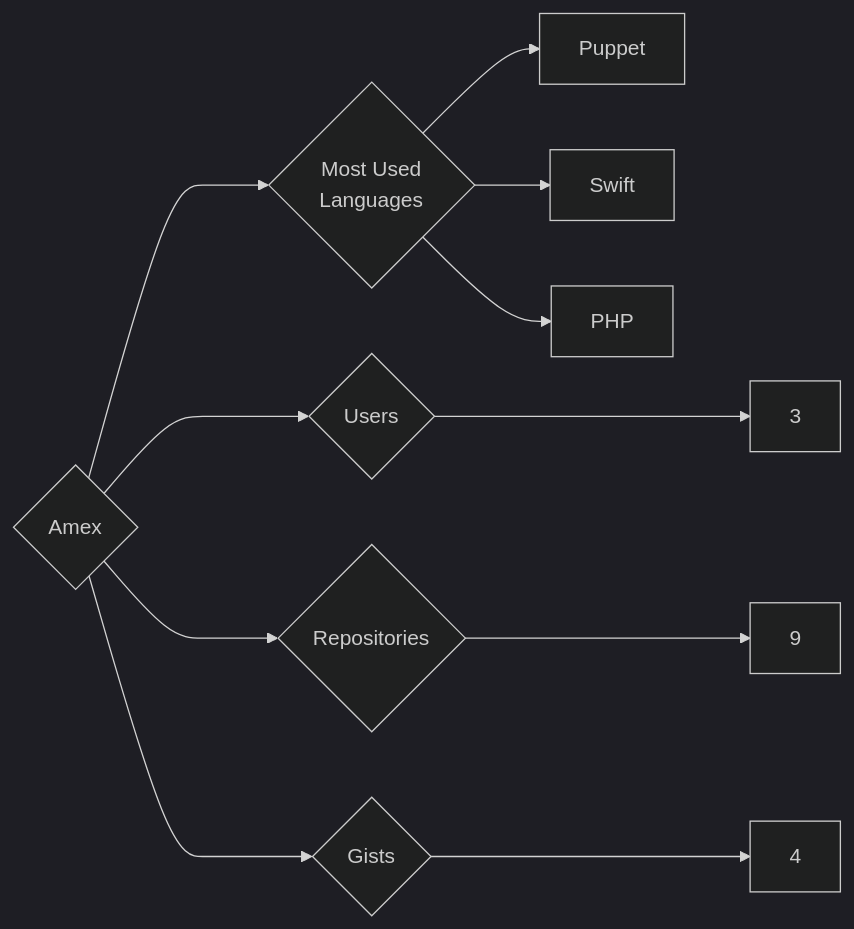
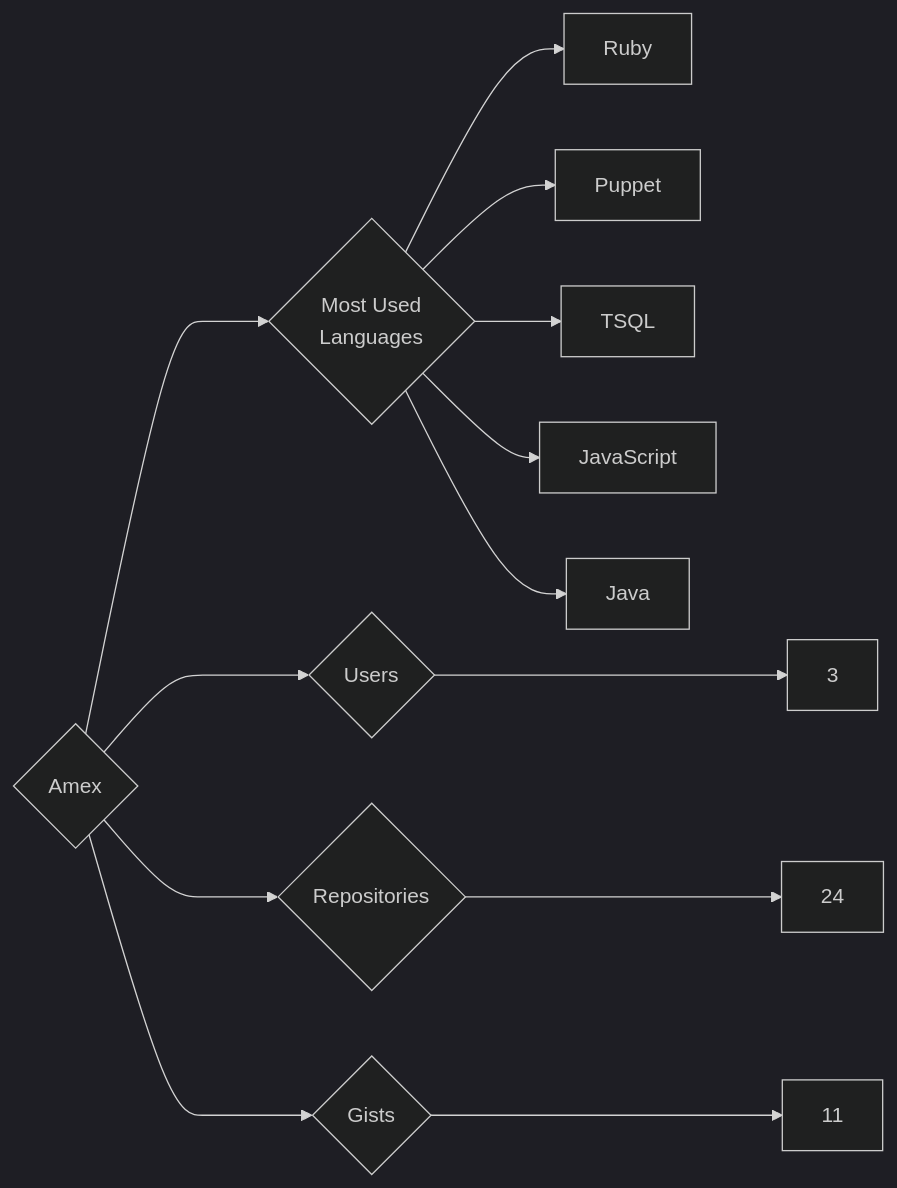
One commit to trickest/insiders changed the diagram in targets/Amex/README.md. Above: the diagram before and after it, drawn with Mermaid (dark theme). The commit also changed 644 other files, not shown here.

````diff
--- a/targets/Amex/README.md
+++ b/targets/Amex/README.md
@@ -3,11 +3,13 @@
 ```mermaid
 graph LR
 COMPANY_NAME{Amex}
 COMPANY_NAME ---> U{Users} ---> UN[3]
-COMPANY_NAME ---> R{Repositories} ---> RN[9]
-COMPANY_NAME ---> G{Gists} ---> GN[4]
+COMPANY_NAME ---> R{Repositories} ---> RN[24]
+COMPANY_NAME ---> G{Gists} ---> GN[11]
 COMPANY_NAME ---> ML{Most Used<br>Languages}
+ML --> Ruby[Ruby]
 ML --> Puppet[Puppet]
-ML --> Swift[Swift]
-ML --> PHP[PHP]
+ML --> TSQL[TSQL]
+ML --> JavaScript[JavaScript]
+ML --> Java[Java]
 ```
````
